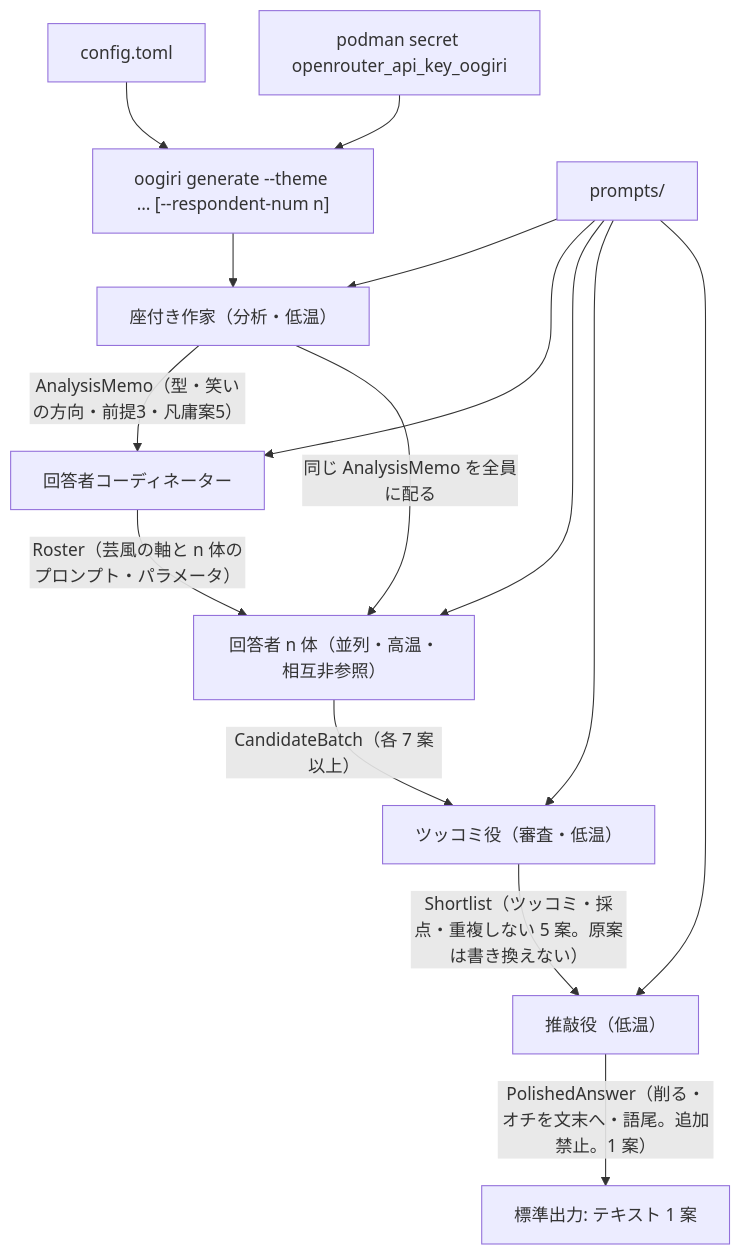
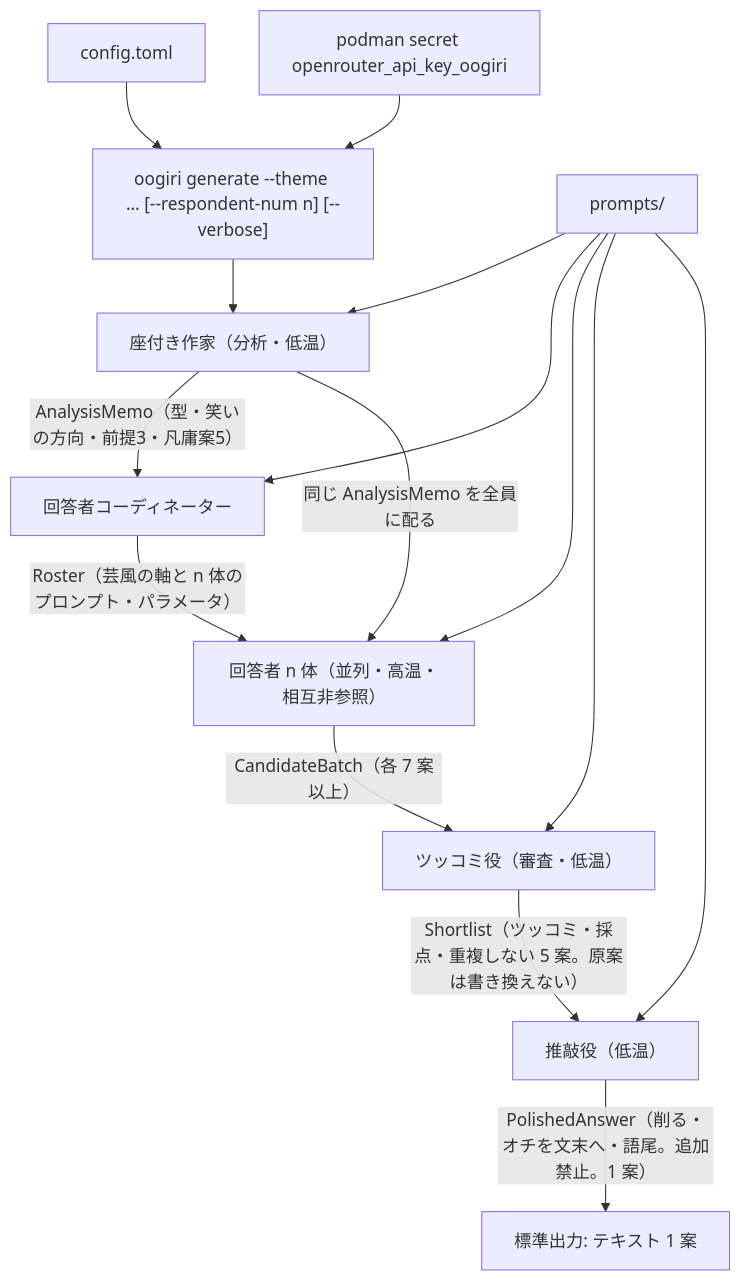
The diagram in ARCHITECTURE.md (gnkm/oogiri-v3), drawn with Mermaid before and after one commit. The commit also changed other lines of this file and 6 other files, not shown here.

First line of the commit message:
feat(cli): generate に --verbose で途中経過を出す

````diff
--- a/ARCHITECTURE.md
+++ b/ARCHITECTURE.md
@@ -44,28 +44,28 @@
 ```mermaid
 flowchart TB
-  CLI["oogiri generate --theme … [--respondent-num n]"]
+  CLI["oogiri generate --theme … [--respondent-num n] [--verbose]"]
   CFG["config.toml"]
   SEC["podman secret openrouter_api_key_oogiri"]
   PR["prompts/"]
   ZA["座付き作家（分析・低温）"]
   CO["回答者コーディネーター"]
   R["回答者 n 体（並列・高温・相互非参照）"]
   TS["ツッコミ役（審査・低温）"]
   SE["推敲役（低温）"]
   OUT["標準出力: テキスト 1 案"]
 
   CLI --> ZA
   CFG --> CLI
   SEC --> CLI
   PR --> ZA
   PR --> CO
   PR --> R
   PR --> TS
   PR --> SE
   ZA -->|"AnalysisMemo（型・笑いの方向・前提3・凡庸案5）"| CO
   ZA -->|"同じ AnalysisMemo を全員に配る"| R
   CO -->|"Roster（芸風の軸と n 体のプロンプト・パラメータ）"| R
   R -->|"CandidateBatch（各 7 案以上）"| TS
   TS -->|"Shortlist（ツッコミ・採点・重複しない 5 案。原案は書き換えない）"| SE
   SE -->|"PolishedAnswer（削る・オチを文末へ・語尾。追加禁止。1 案）"| OUT
 ```
````
